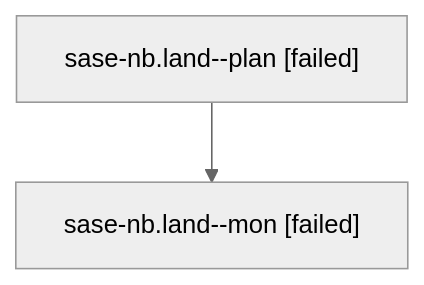
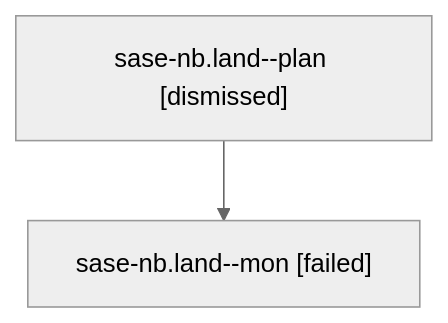
One commit to sase-org/sase--agents changed the diagram in families/bbugyi200.athena.sase-nb.land.md. Above: the diagram before and after it, drawn with Mermaid (neutral theme). The commit also changed other lines of this file and 287 other files, not shown here.

````diff
--- a/families/bbugyi200.athena.sase-nb.land.md
+++ b/families/bbugyi200.athena.sase-nb.land.md
@@ -9,6 +9,6 @@
 ```mermaid
 flowchart TD
-  n0["sase-nb.land--plan [failed]"]
+  n0["sase-nb.land--plan [dismissed]"]
   n1["sase-nb.land--mon [failed]"]
   n0 --> n1
 ```
````
